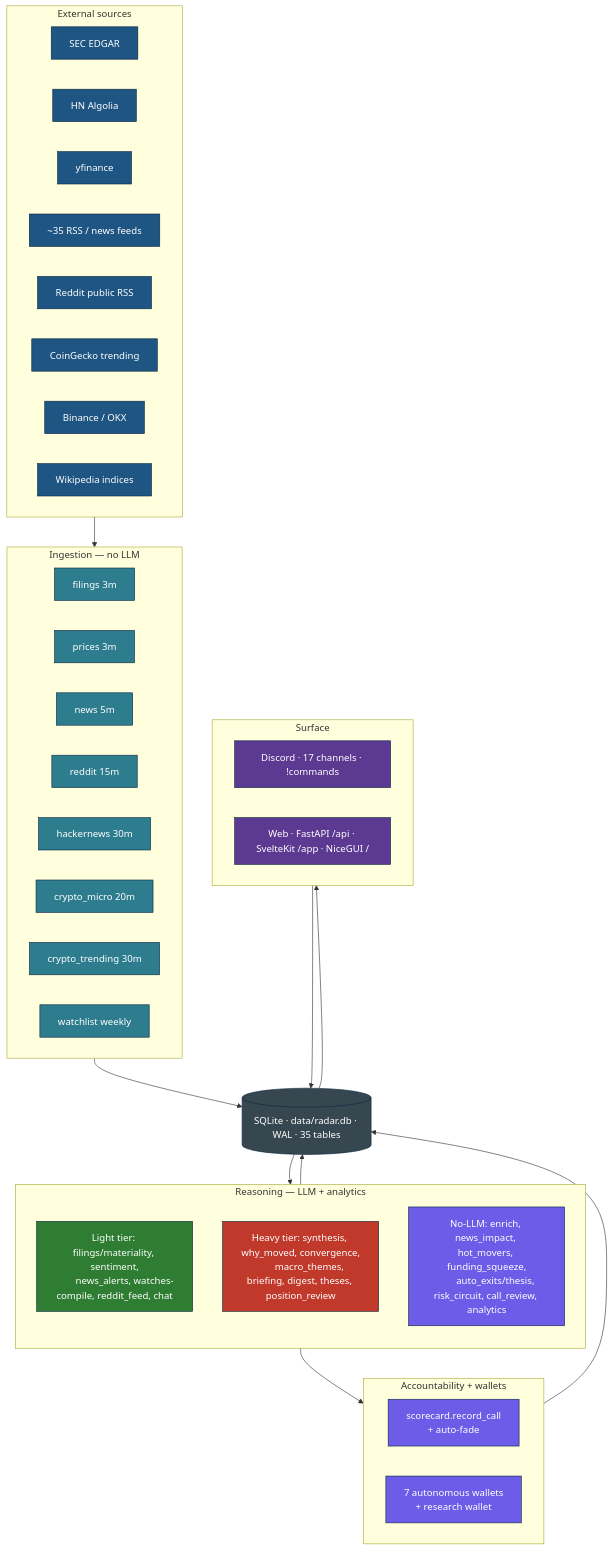
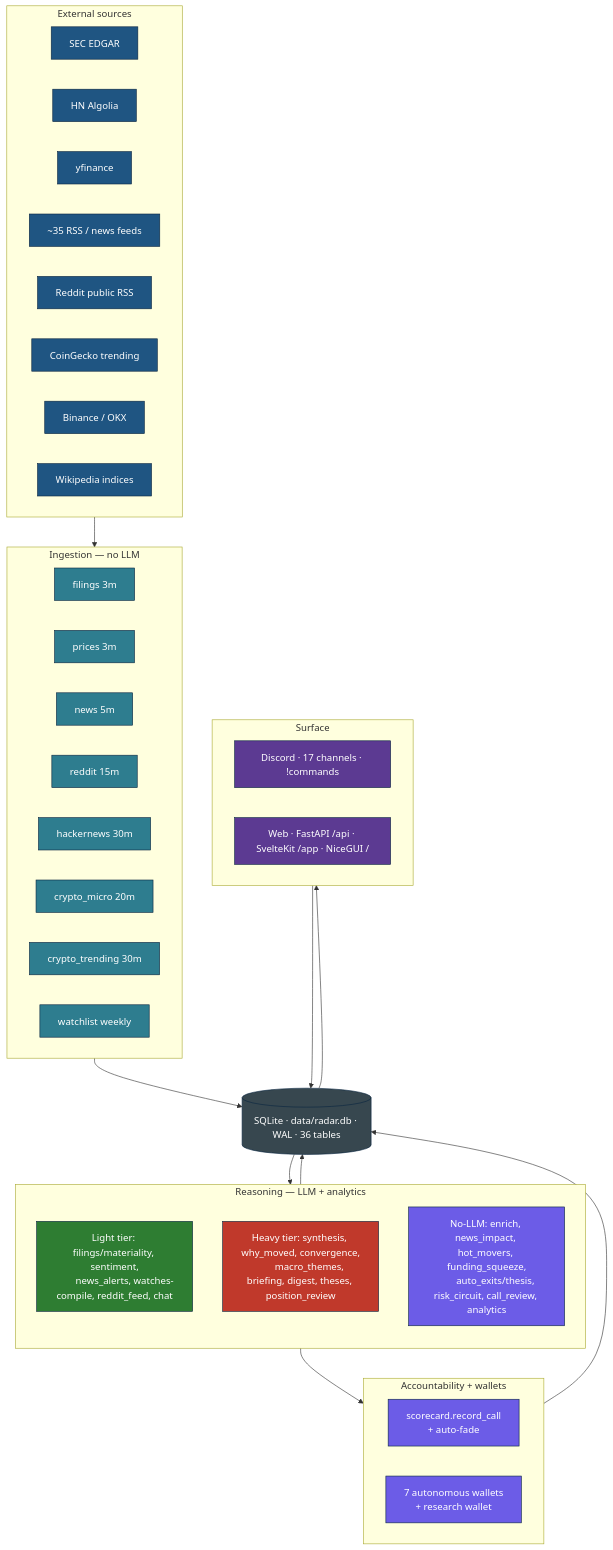
Before and after one commit to algoatson/sentinel: the first of 2 diagrams in docs/ARCHITECTURE.md, drawn with Mermaid. The commit also changed other lines of this file and 76 other files, not shown here.

````diff
--- a/docs/ARCHITECTURE.md
+++ b/docs/ARCHITECTURE.md
@@ -53,67 +53,67 @@
 ```mermaid
 flowchart TB
     classDef src fill:#1f5582,stroke:#0a2540,color:#fff
     classDef ing fill:#2e7d8f,stroke:#0a2540,color:#fff
     classDef db fill:#37474f,stroke:#0a2540,color:#fff
     classDef light fill:#2e7d32,stroke:#0a2540,color:#fff
     classDef heavy fill:#c0392b,stroke:#0a2540,color:#fff
     classDef none fill:#6c5ce7,stroke:#0a2540,color:#fff
     classDef surf fill:#5c3a92,stroke:#0a2540,color:#fff
 
     subgraph SRC["External sources"]
       direction LR
       SEC[SEC EDGAR]:::src
       HN[HN Algolia]:::src
       YF[yfinance]:::src
       RSS[~35 RSS / news feeds]:::src
       RDT[Reddit public RSS]:::src
       CG[CoinGecko trending]:::src
       CEX[Binance / OKX]:::src
       WIKI[Wikipedia indices]:::src
     end
 
     subgraph ING["Ingestion — no LLM"]
       direction LR
       I1[filings 3m]:::ing
       I2[prices 3m]:::ing
       I3[news 5m]:::ing
       I4[reddit 15m]:::ing
       I5[hackernews 30m]:::ing
       I6[crypto_micro 20m]:::ing
       I7[crypto_trending 30m]:::ing
       I8[watchlist weekly]:::ing
     end
 
-    DB[("SQLite · data/radar.db · WAL · 35 tables")]:::db
+    DB[("SQLite · data/radar.db · WAL · 36 tables")]:::db
 
     subgraph INTEL["Reasoning — LLM + analytics"]
       direction TB
       L[Light tier: filings/materiality, sentiment,
         news_alerts, watches-compile, reddit_feed, chat]:::light
       H[Heavy tier: synthesis, why_moved, convergence,
         macro_themes, briefing, digest, theses, position_review]:::heavy
       N[No-LLM: enrich, news_impact, hot_movers, funding_squeeze,
         auto_exits/thesis, risk_circuit, call_review, analytics]:::none
     end
 
     subgraph SPINE["Accountability + wallets"]
       direction LR
       SC[scorecard.record_call
         + auto-fade]:::none
       FN[7 autonomous wallets
         + research wallet]:::none
     end
 
     subgraph SURF["Surface"]
       direction LR
       DSC[Discord · 17 channels · !commands]:::surf
       WEB[Web · FastAPI /api · SvelteKit /app · NiceGUI /]:::surf
     end
 
     SRC --> ING --> DB
     DB --> INTEL --> DB
     INTEL --> SPINE
     SPINE --> DB
     DB --> SURF
     SURF --> DB
 ```
````
